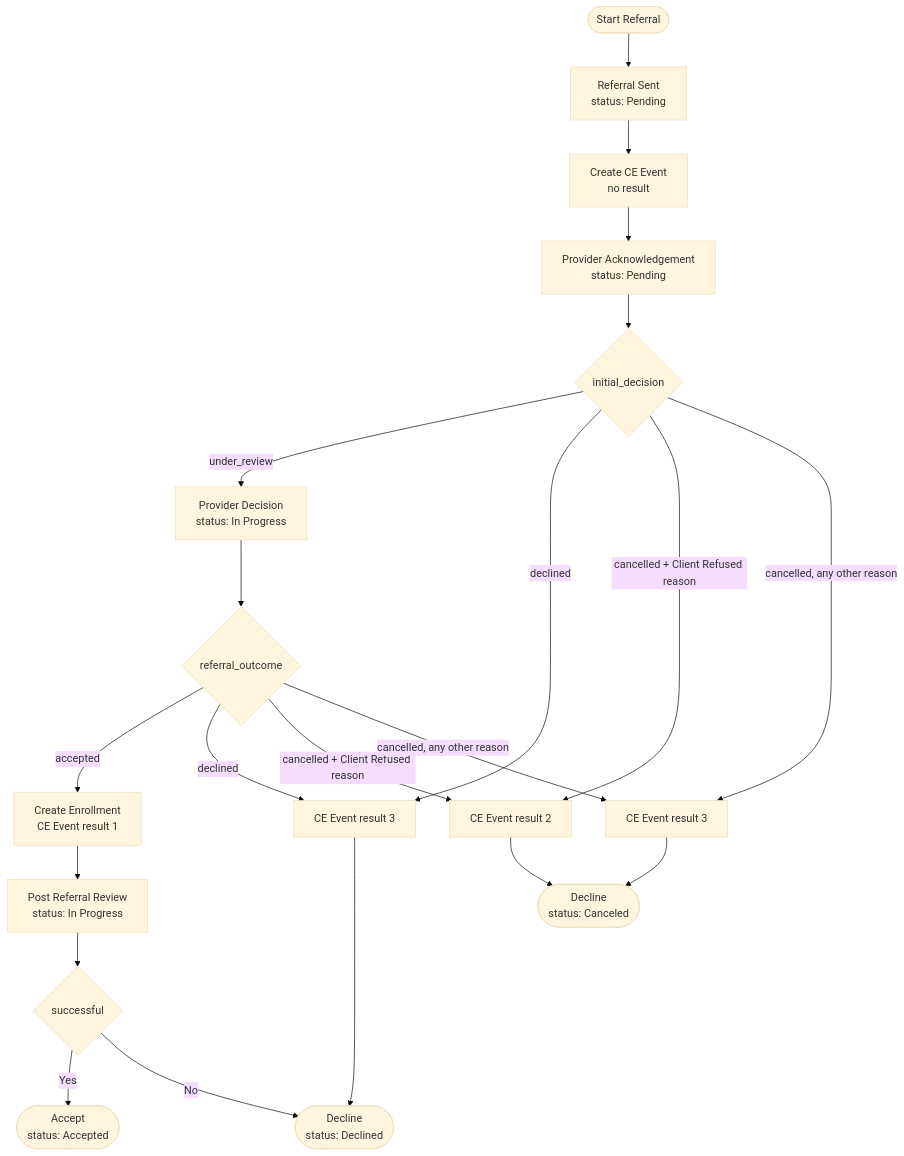
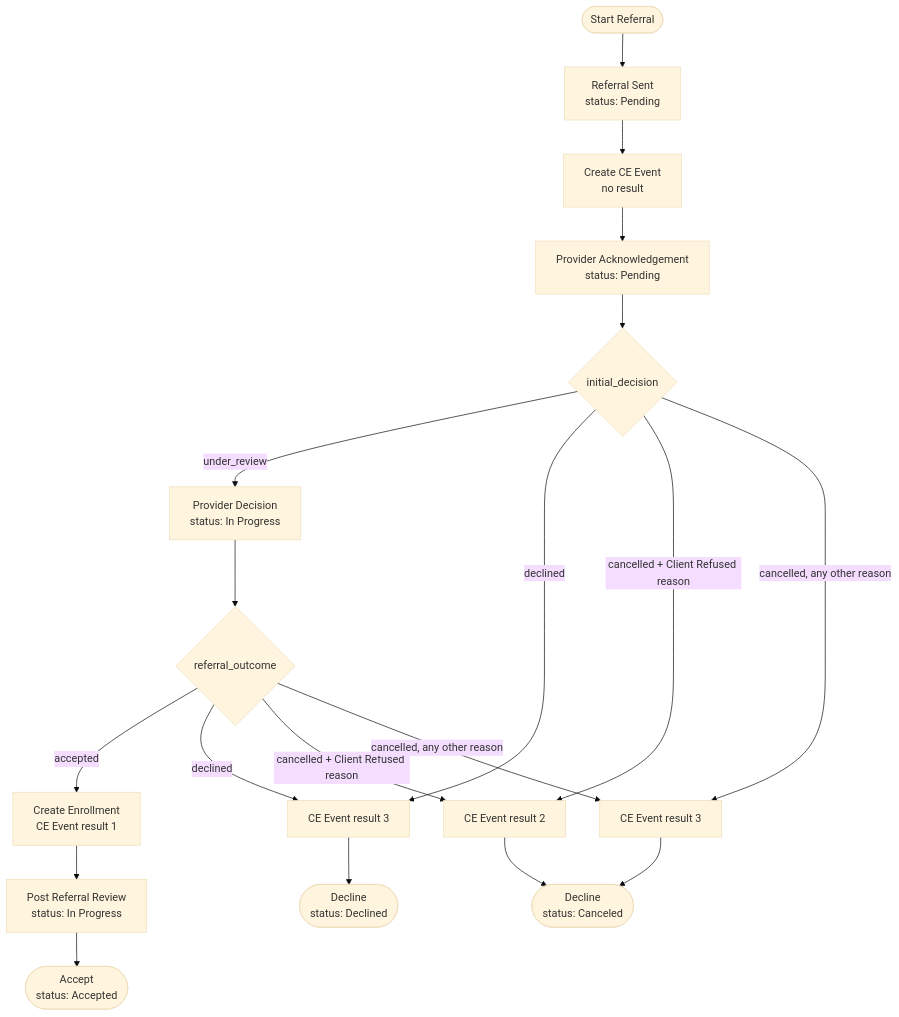
Before and after one commit to greenriver/hmis-warehouse: the diagram in drivers/hmis/lib/ce_workflows/az/README_FOR_AZ_CE_WORKFLOWS.md, drawn with Mermaid (base theme). The commit also changed other lines of this file and 3 other files, not shown here.

````diff
--- a/drivers/hmis/lib/ce_workflows/az/README_FOR_AZ_CE_WORKFLOWS.md
+++ b/drivers/hmis/lib/ce_workflows/az/README_FOR_AZ_CE_WORKFLOWS.md
@@ -45,23 +45,21 @@
 ```mermaid
 flowchart TD
   start(["Start Referral"]) --> send["Referral Sent<br/>status: Pending"]
   send --> createEvt["Create CE Event<br/>no result"]
   createEvt --> ack["Provider Acknowledgement<br/>status: Pending"]
   ack --> gwAck{"initial_decision"}
   gwAck -->|"under_review"| decision["Provider Decision<br/>status: In Progress"]
   gwAck -->|"declined"| setRes3["CE Event result 3"]
   gwAck -->|"cancelled + Client Refused reason"| setRes2["CE Event result 2"]
   gwAck -->|"cancelled, any other reason"| setRes3c["CE Event result 3"]
   decision --> gwDec{"referral_outcome"}
   gwDec -->|"accepted"| enroll["Create Enrollment<br/>CE Event result 1"]
   gwDec -->|"declined"| setRes3
   gwDec -->|"cancelled + Client Refused reason"| setRes2
   gwDec -->|"cancelled, any other reason"| setRes3c
   enroll --> post["Post Referral Review<br/>status: In Progress"]
-  post --> gwPost{"successful"}
-  gwPost -->|"Yes"| accept(["Accept<br/>status: Accepted"])
-  gwPost -->|"No"| declined(["Decline<br/>status: Declined"])
-  setRes3 --> declined
+  post --> accept(["Accept<br/>status: Accepted"])
+  setRes3 --> declined(["Decline<br/>status: Declined"])
   setRes2 --> canceled(["Decline<br/>status: Canceled"])
   setRes3c --> canceled
 ```
````
